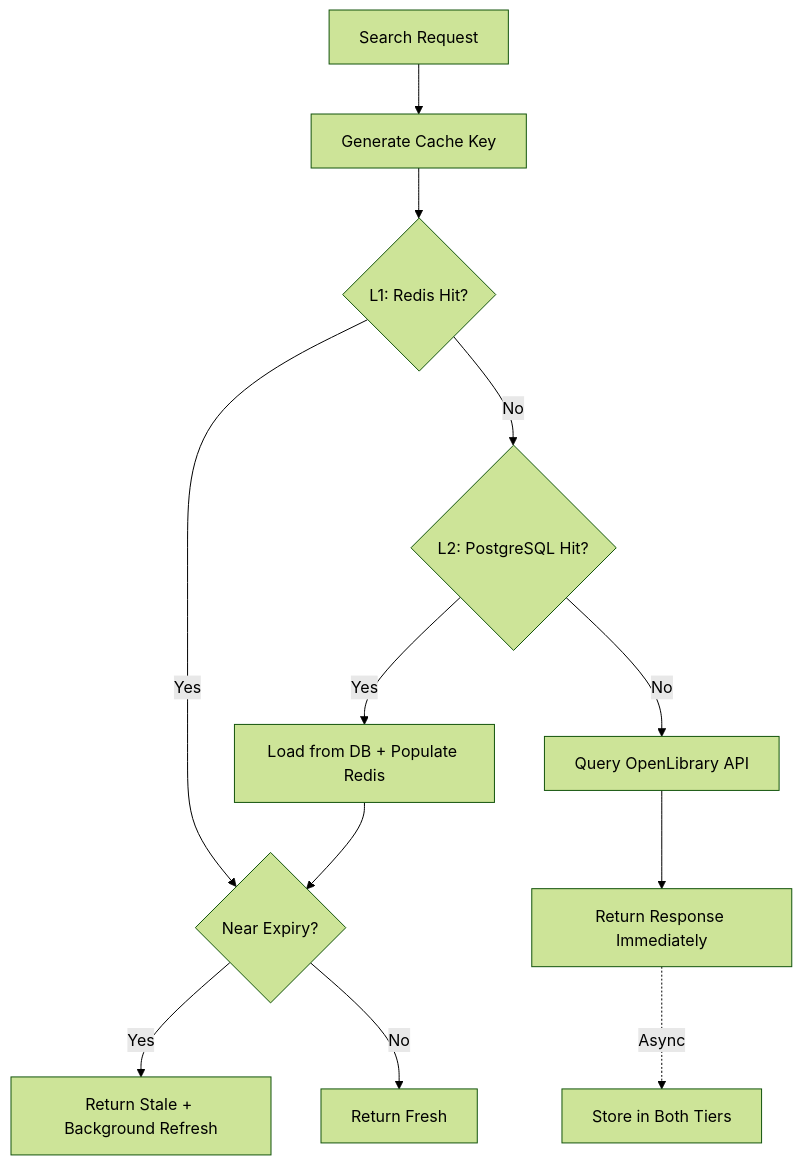
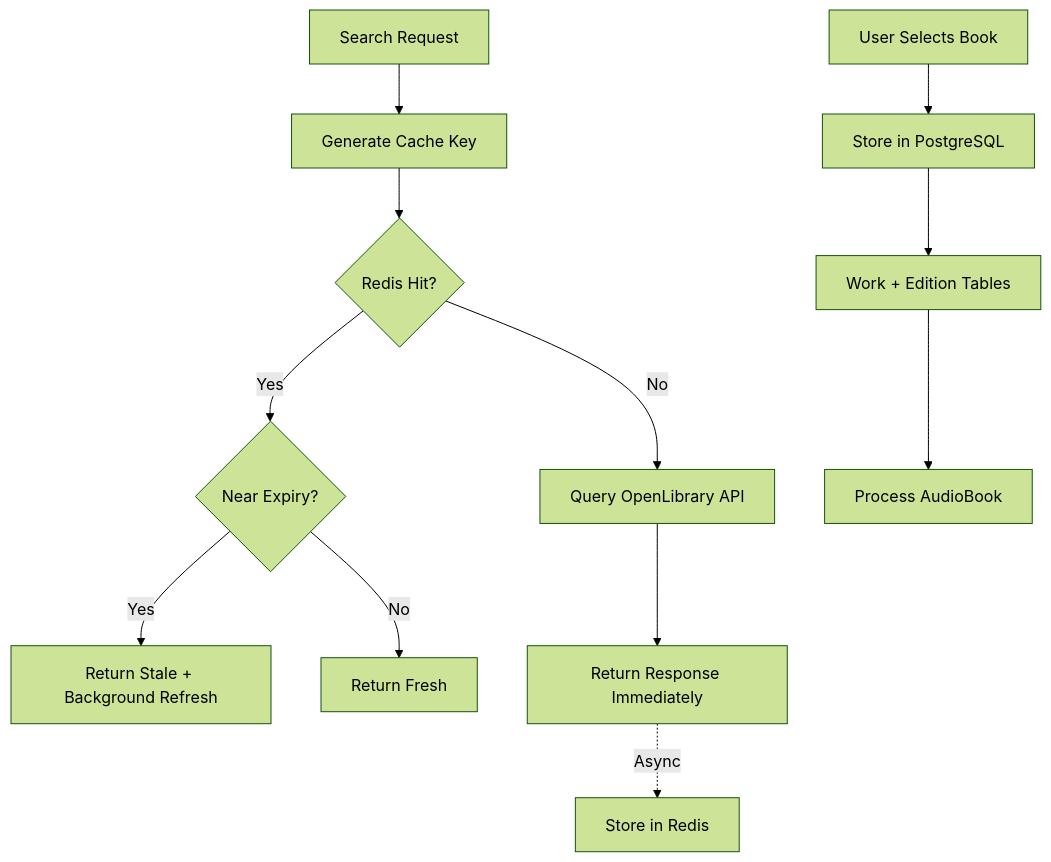
One commit to cryptus-neoxys/bookbytes changed the second of 2 diagrams in tasks/backend-productionisation/audio-books-library/design-doc.md. Above: the diagram before and after it, drawn with Mermaid (forest theme). The commit also changed other lines of this file and 4 other files, not shown here.

````diff
--- a/tasks/backend-productionisation/audio-books-library/design-doc.md
+++ b/tasks/backend-productionisation/audio-books-library/design-doc.md
@@ -417,14 +426,15 @@
 ```mermaid
 flowchart TD
     A[Search Request] --> B[Generate Cache Key]
-    B --> C{L1: Redis Hit?}
+    B --> C{Redis Hit?}
     C -->|Yes| D{Near Expiry?}
     D -->|Yes| E[Return Stale + Background Refresh]
     D -->|No| F[Return Fresh]
-    C -->|No| G{L2: PostgreSQL Hit?}
-    G -->|Yes| H[Load from DB + Populate Redis]
-    H --> D
-    G -->|No| I[Query OpenLibrary API]
-    I --> J[Return Response Immediately]
-    J -.->|Async| K[Store in Both Tiers]
+    C -->|No| G[Query OpenLibrary API]
+    G --> H[Return Response Immediately]
+    H -.->|Async| I[Store in Redis]
+
+    J[User Selects Book] --> K[Store in PostgreSQL]
+    K --> L[Work + Edition Tables]
+    L --> M[Process AudioBook]
 ```
````
